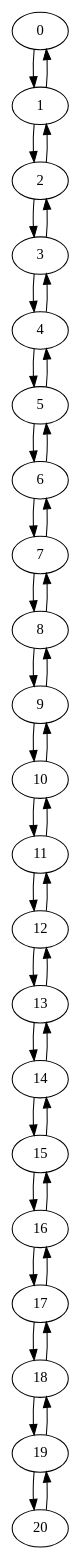
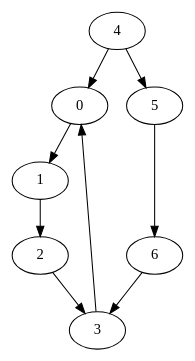
Before and after one commit to nitishcseiit/code: the diagram in Diameter/theInputGraph.gv, drawn with Graphviz. The commit also changed 4 other files, not shown here.

```diff
--- a/Diameter/theInputGraph.gv
+++ b/Diameter/theInputGraph.gv
@@ -1,42 +1,10 @@
 digraph G1 {
 0 -> 1;
 1 -> 2;
 2 -> 3;
-3 -> 4;
+3 -> 0;
+4 -> 0;
 4 -> 5;
 5 -> 6;
-6 -> 7;
-7 -> 8;
-8 -> 9;
-9 -> 10;
-10 -> 11;
-11 -> 12;
-12 -> 13;
-13 -> 14;
-14 -> 15;
-15 -> 16;
-16 -> 17;
-17 -> 18;
-18 -> 19;
-19 -> 20;
-20 -> 19;
-19 -> 18;
-18 -> 17;
-17 -> 16;
-16 -> 15;
-15 -> 14;
-14 -> 13;
-13 -> 12;
-12 -> 11;
-11 -> 10;
-10 -> 9;
-9 -> 8;
-8 -> 7;
-7 -> 6;
-6 -> 5;
-5 -> 4;
-4 -> 3;
-3 -> 2;
-2 -> 1;
-1 -> 0;
+6 -> 3;
 }
```
